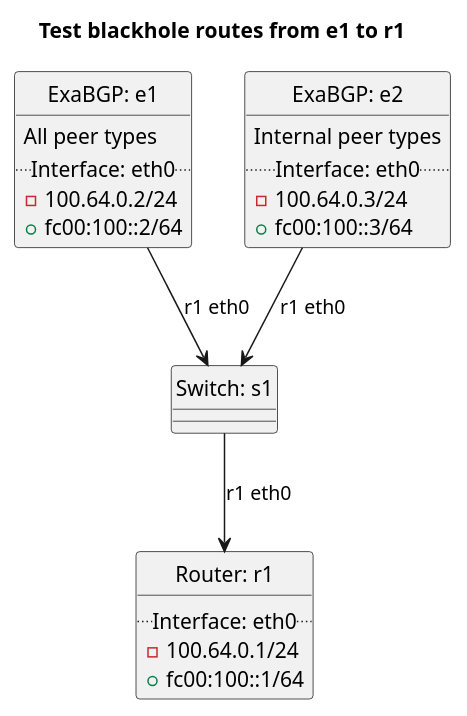
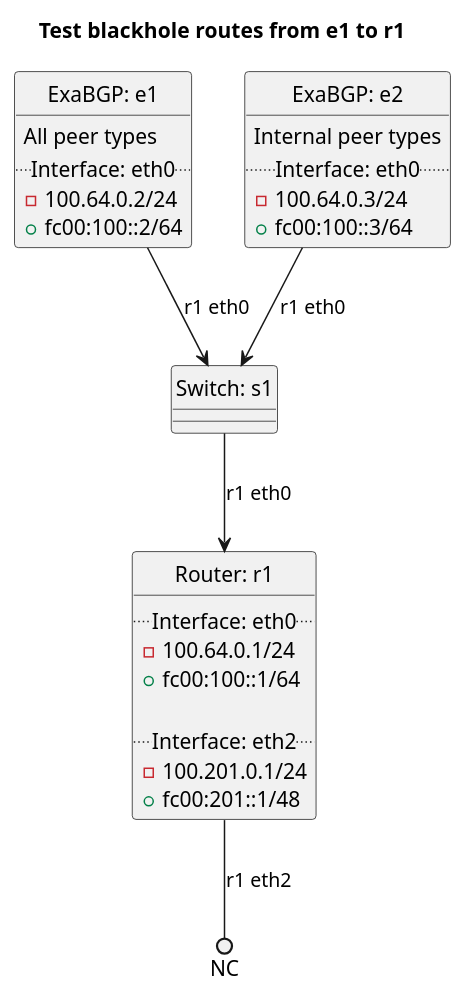
Before and after one commit to oscdev-io/birdplan: the diagram in tests/t40_bgp/t28_accept_blackhole/README.md, drawn with PlantUML. The commit also changed other lines of this file and 1499 other files, not shown here.

````diff
--- a/tests/t40_bgp/t28_accept_blackhole/README.md
+++ b/tests/t40_bgp/t28_accept_blackhole/README.md
@@ -48,36 +46,41 @@
 ```plantuml
 @startuml
 hide circle
 title Test blackhole routes from e1 to r1
 
 
 class "Router: r1" {
   .. Interface: eth0 ..
 - 100.64.0.1/24
 + fc00:100::1/64
+
+  .. Interface: eth2 ..
+- 100.201.0.1/24
++ fc00:201::1/48
 }
 
 
 class "ExaBGP: e1" {
   All peer types
   .. Interface: eth0 ..
 - 100.64.0.2/24
 + fc00:100::2/64
 }
 
 class "ExaBGP: e2" {
   Internal peer types
   .. Interface: eth0 ..
 - 100.64.0.3/24
 + fc00:100::3/64
 }
 
 class "Switch: s1" {}
 
 
 "ExaBGP: e1" -down-> "Switch: s1": r1 eth0
 "ExaBGP: e2" -down-> "Switch: s1": r1 eth0
 "Switch: s1" -down-> "Router: r1": r1 eth0
+"Router: r1" --() NC: r1 eth2
 
 @enduml
 ```
````
